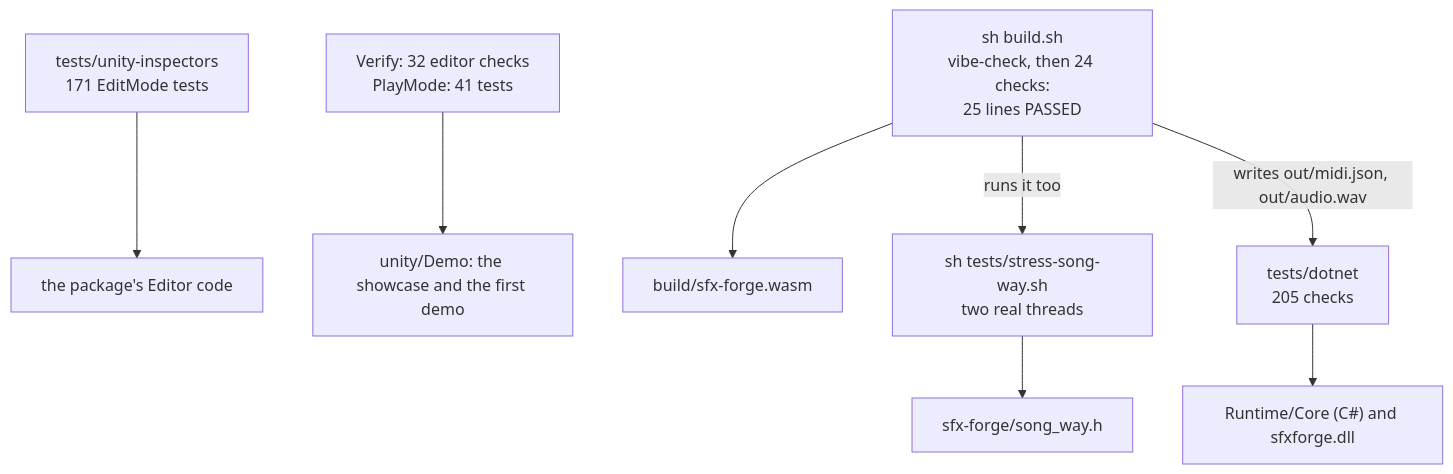
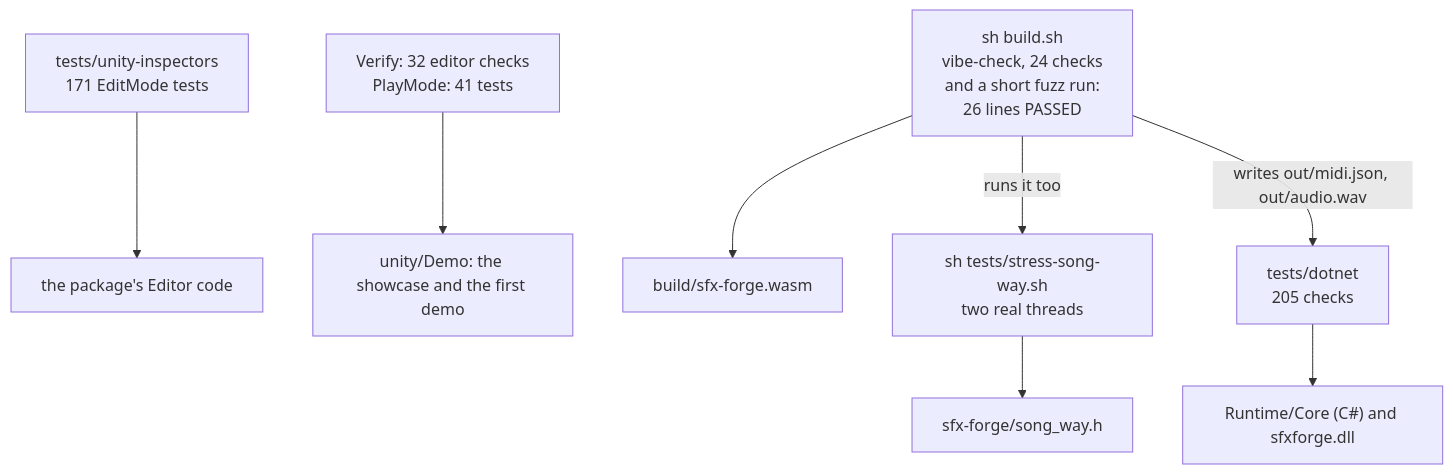
One commit to Cat-Splat-Studios/sfx-forge changed the first of 2 diagrams in wiki/Running-The-Tests.md. Above: the diagram before and after it, drawn with Mermaid. The commit also changed other lines of this file and 35 other files, not shown here.

````diff
--- a/wiki/Running-The-Tests.md
+++ b/wiki/Running-The-Tests.md
@@ -11,20 +11,20 @@
 ```mermaid
 flowchart TB
   fw["build/sfx-forge.wasm"]
   way["sfx-forge/song_way.h"]
   corecs["Runtime/Core (C#) and sfxforge.dll"]
   editor["the package's Editor code"]
   demo["unity/Demo: the showcase and the first demo"]
-  t1["sh build.sh<br/>vibe-check, then 24 checks:<br/>25 lines PASSED"]
+  t1["sh build.sh<br/>vibe-check, 24 checks<br/>and a short fuzz run:<br/>26 lines PASSED"]
   t2["sh tests/stress-song-way.sh<br/>two real threads"]
   t3["tests/dotnet<br/>205 checks"]
   t4["tests/unity-inspectors<br/>171 EditMode tests"]
   t5["Verify: 32 editor checks<br/>PlayMode: 41 tests"]
   t1 --> fw
   t2 --> way
   t1 -->|"runs it too"| t2
   t1 -->|"writes out/midi.json, out/audio.wav"| t3
   t3 --> corecs
   t4 --> editor
   t5 --> demo
 ```
````
